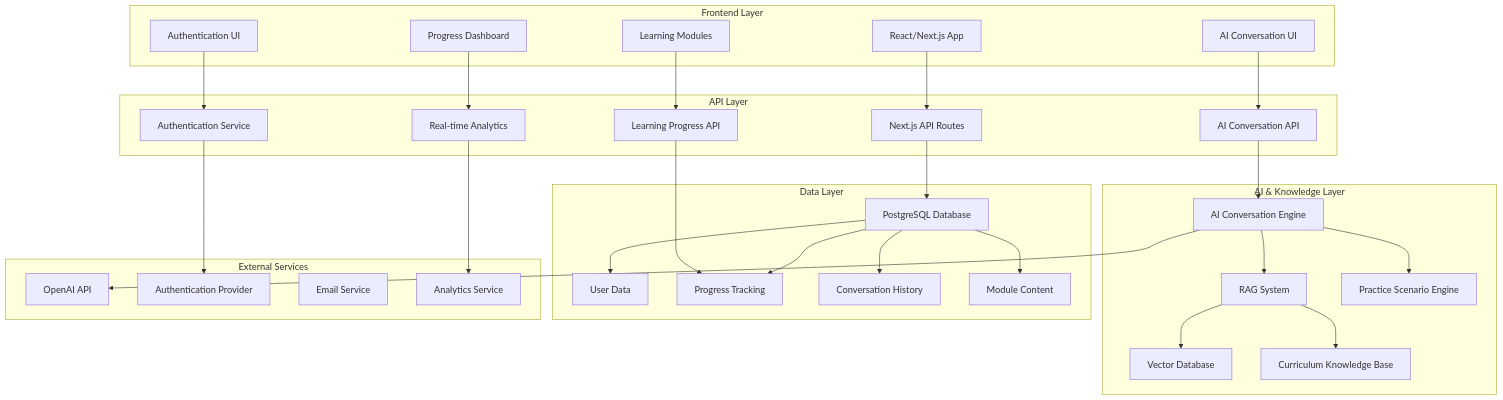
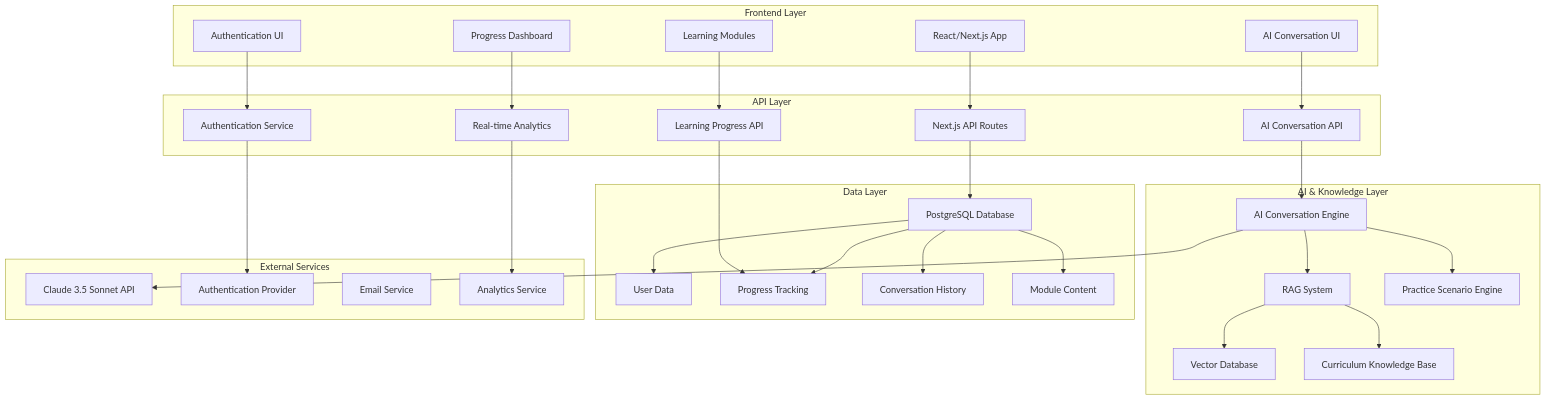
The first of 6 diagrams in docs/TSD/technical-specification-document.md (omnidox/Relational_Life_Practice), drawn with Mermaid before and after one commit. The commit also changed other lines of this file and 1 other file, not shown here.

Commit message:
Minor updates

````diff
--- a/docs/TSD/technical-specification-document.md
+++ b/docs/TSD/technical-specification-document.md
@@ -57,64 +57,64 @@
 ```mermaid
 graph TB
     subgraph "Frontend Layer"
         A[React/Next.js App]
         B[Authentication UI]
         C[Learning Modules]
         D[AI Conversation UI]
         E[Progress Dashboard]
     end
     
     subgraph "API Layer"
         F[Next.js API Routes]
         G[Authentication Service]
         H[Learning Progress API]
         I[AI Conversation API]
         J[Real-time Analytics]
     end
     
     subgraph "AI & Knowledge Layer"
         K[RAG System]
         L[Vector Database]
         M[AI Conversation Engine]
         N[Curriculum Knowledge Base]
         O[Practice Scenario Engine]
     end
     
     subgraph "Data Layer"
         P[PostgreSQL Database]
         Q[User Data]
         R[Progress Tracking]
         S[Conversation History]
         T[Module Content]
     end
     
     subgraph "External Services"
-        U[OpenAI API]
+        U[Claude 3.5 Sonnet API]
         V[Authentication Provider]
         W[Email Service]
         X[Analytics Service]
     end
     
     A --> F
     B --> G
     C --> H
     D --> I
     E --> J
     
     F --> P
     G --> V
     H --> R
     I --> M
     J --> X
     
     M --> K
     K --> L
     K --> N
     M --> O
     M --> U
     
     P --> Q
     P --> R
     P --> S
     P --> T
 ```
````
